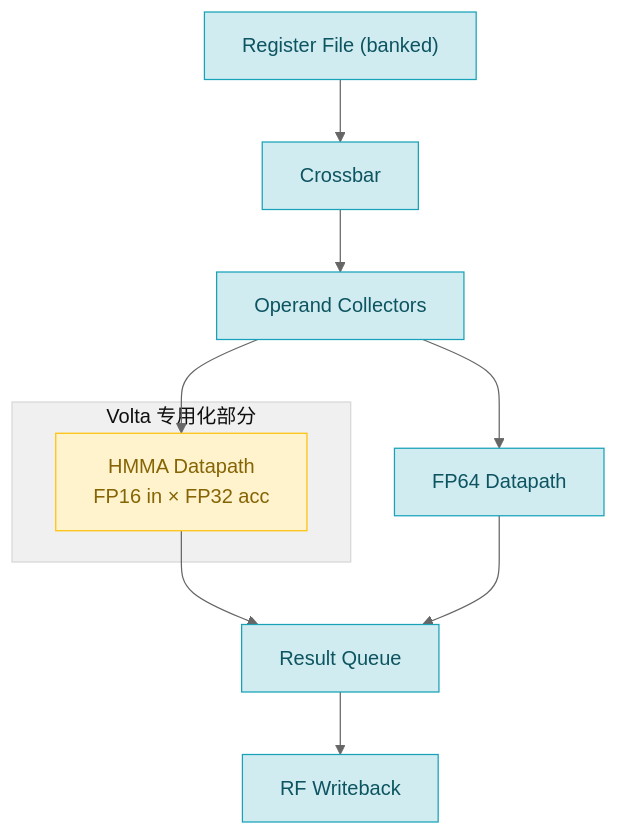
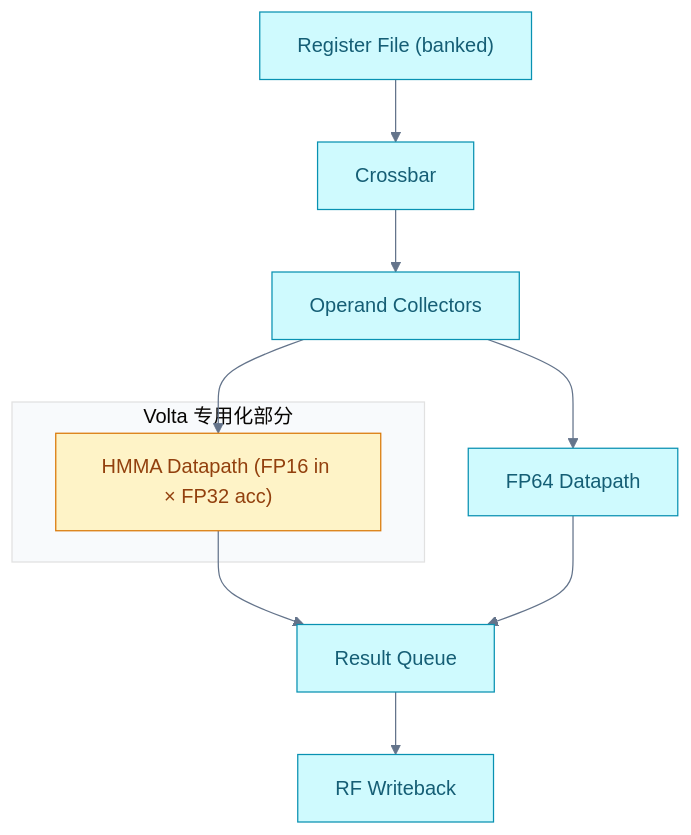
The fifth of 12 diagrams in LLM/NVIDIA-GPU架构演进与LLM.md (swjtuer326/cs-learning-notes), drawn with Mermaid before and after one commit. The commit also changed other lines of this file and 10 other files, not shown here.

````diff
--- a/LLM/NVIDIA-GPU架构演进与LLM.md
+++ b/LLM/NVIDIA-GPU架构演进与LLM.md
@@ -243,21 +372,21 @@
 ```mermaid
-%%{init: {"theme": "base", "themeVariables": {"primaryColor": "#ECECFF", "primaryTextColor": "#333333", "primaryBorderColor": "#9370DB", "lineColor": "#666666", "secondaryColor": "#ffffde", "secondaryBorderColor": "#aaaa33", "tertiaryColor": "#f0f0f0", "fontFamily": "\"trebuchet ms\", verdana, arial, sans-serif"}}}%%
+%%{init: {"theme": "base", "themeVariables": {"primaryColor": "#f8fafc", "primaryTextColor": "#1e293b", "primaryBorderColor": "#475569", "lineColor": "#64748b", "secondaryColor": "#f1f5f9", "secondaryBorderColor": "#94a3b8", "tertiaryColor": "#f8fafc", "fontFamily": "\"trebuchet ms\", verdana, arial, sans-serif"}}}%%
 flowchart TD
     RF["Register File (banked)"] --> CB["Crossbar"]
     CB --> OC["Operand Collectors"]
-    OC --> HMMA["HMMA Datapath\nFP16 in × FP32 acc"]
+    OC --> HMMA["HMMA Datapath (FP16 in × FP32 acc)"]
     OC --> FP64["FP64 Datapath"]
     HMMA --> RQ["Result Queue"]
     FP64 --> RQ
     RQ --> WB["RF Writeback"]
 
     subgraph "Volta 专用化部分"
         HMMA
     end
 
-    classDef shared fill:#d1ecf1,stroke:#17a2b8,color:#0c5460
-    classDef specialized fill:#fff3cd,stroke:#ffc107,color:#856404
+    classDef shared fill:#cffafe,stroke:#0891b2,color:#155e75
+    classDef specialized fill:#fef3c7,stroke:#d97706,color:#92400e
 
     class RF,CB,OC,RQ,WB,FP64 shared
     class HMMA specialized
 ```
````
